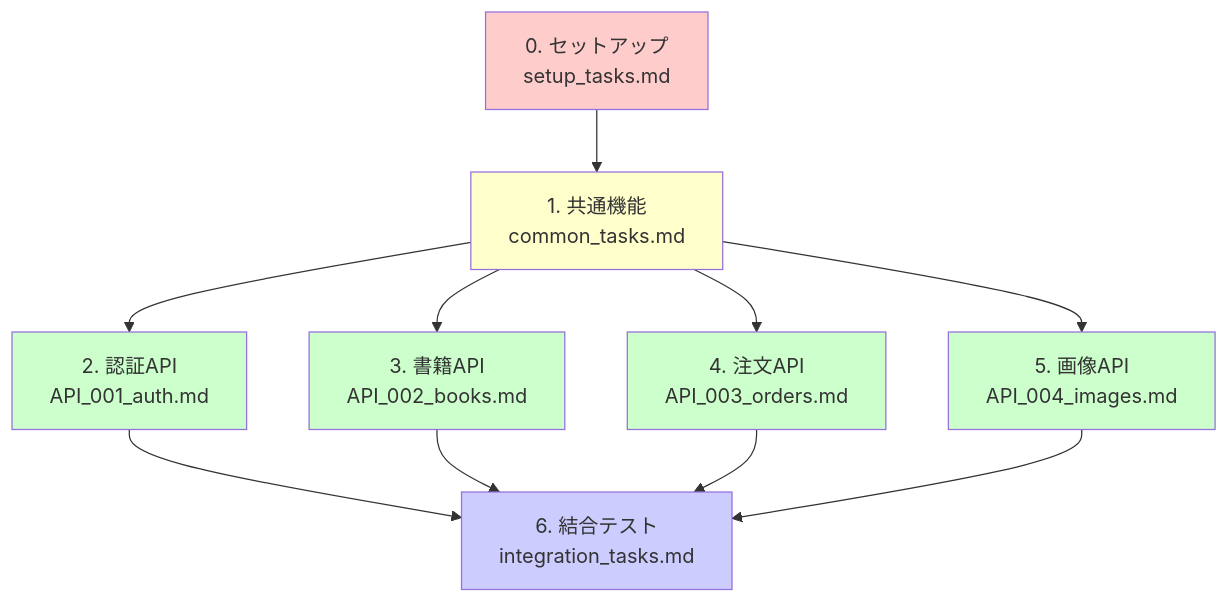
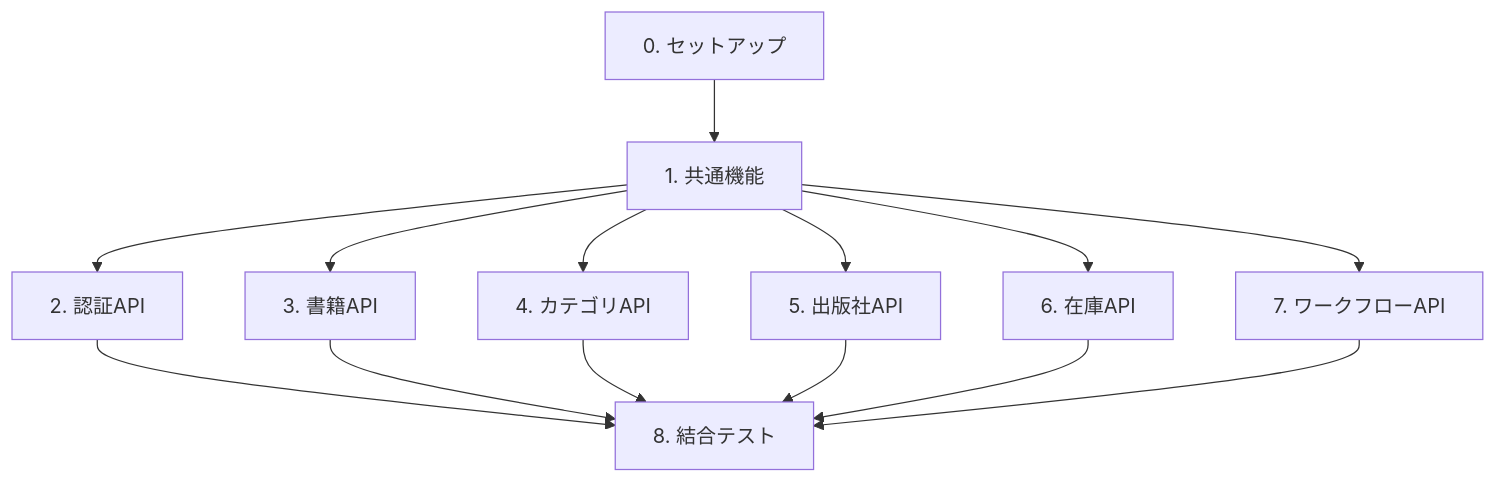
The diagram in projects/sdd/bookstore/back-office-api-sdd/tasks/tasks.md (KenyaSaitoh/ai_driven_dev_202601), drawn with Mermaid before and after one commit. The commit also changed other lines of this file and 53 other files, not shown here.

````diff
--- a/projects/sdd/bookstore/back-office-api-sdd/tasks/tasks.md
+++ b/projects/sdd/bookstore/back-office-api-sdd/tasks/tasks.md
@@ -61,22 +46,16 @@
 ```mermaid
 graph TD
-    Setup[0. セットアップ<br/>setup_tasks.md] --> Common[1. 共通機能<br/>common_tasks.md]
-    
-    Common --> Auth[2. 認証API<br/>API_001_auth.md]
-    Common --> Books[3. 書籍API<br/>API_002_books.md]
-    Common --> Orders[4. 注文API<br/>API_003_orders.md]
-    Common --> Images[5. 画像API<br/>API_004_images.md]
-    
-    Auth --> Integration[6. 結合テスト<br/>integration_tasks.md]
-    Books --> Integration
-    Orders --> Integration
-    Images --> Integration
-    
-    style Setup fill:#ffcccc
-    style Common fill:#ffffcc
-    style Auth fill:#ccffcc
-    style Books fill:#ccffcc
-    style Orders fill:#ccffcc
-    style Images fill:#ccffcc
-    style Integration fill:#ccccff
+    A[0. セットアップ] --> B[1. 共通機能]
+    B --> C[2. 認証API]
+    B --> D[3. 書籍API]
+    B --> E[4. カテゴリAPI]
+    B --> F[5. 出版社API]
+    B --> G[6. 在庫API]
+    B --> H[7. ワークフローAPI]
+    C --> I[8. 結合テスト]
+    D --> I
+    E --> I
+    F --> I
+    G --> I
+    H --> I
 ```
````
